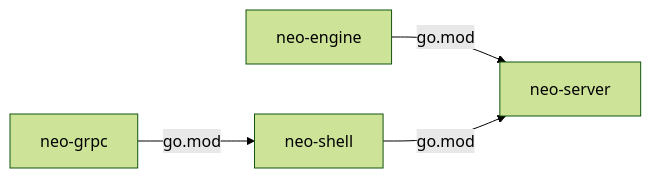
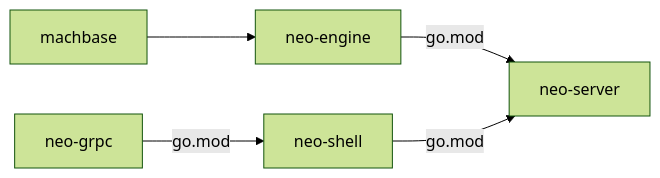
Before and after one commit to machbase/neo-server: the diagram in README.md, drawn with Mermaid (forest theme). The commit also changed other lines of this file, not shown here.

````diff
--- a/README.md
+++ b/README.md
@@ -10,10 +13,12 @@
 ```mermaid
 flowchart LR
+
+C[machbase] --> E
 
 E[neo-engine]
 E -->|go.mod| S[neo-server]
 
 R[neo-grpc] -->|go.mod| SH[neo-shell]
 SH -->|go.mod| S
 
 ```
````
